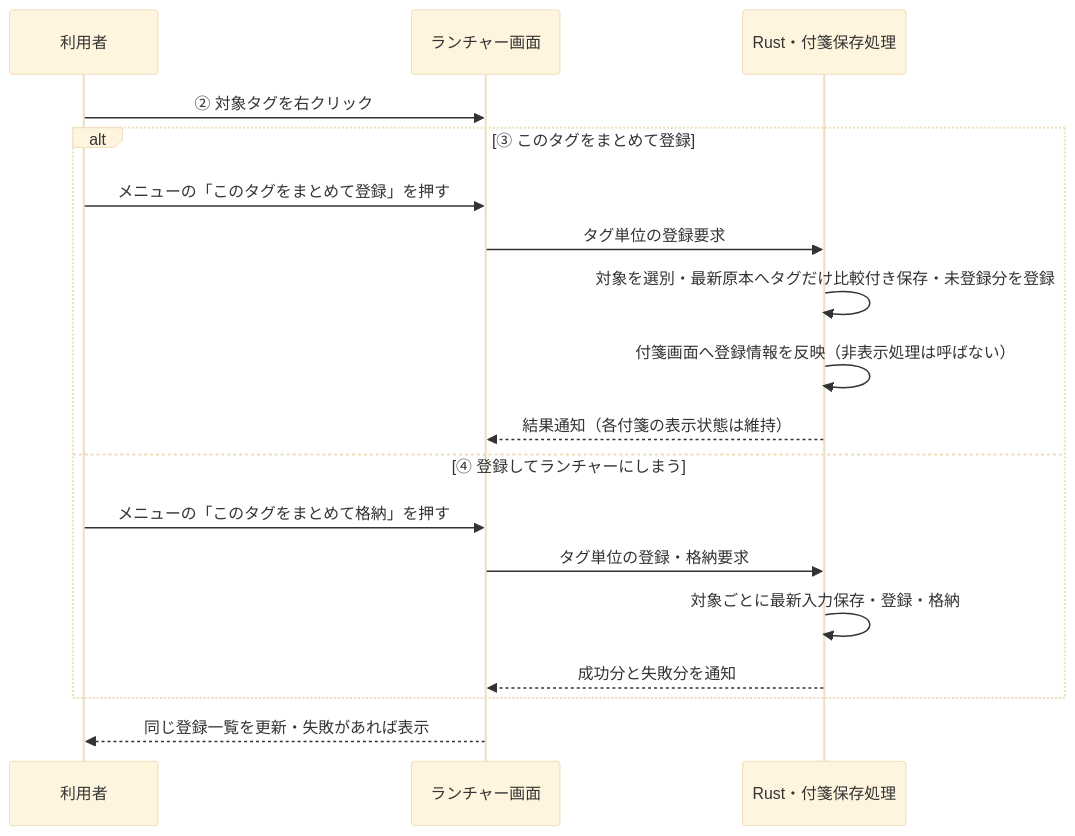
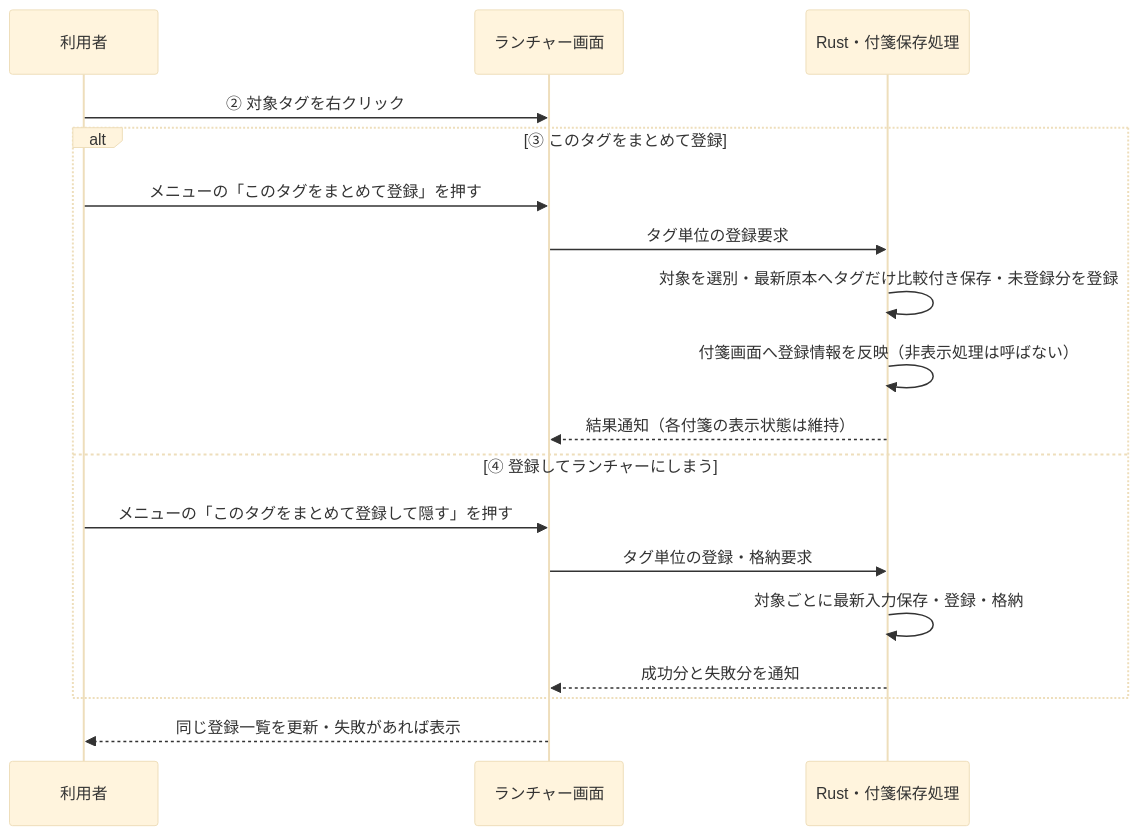
Before and after one commit to ore-no-fusen/ore-no-fusen: diagram 19 of 24 in docs-v2/002_PC.md, drawn with Mermaid (base theme). The commit also changed other lines of this file and 12 other files, not shown here.

````diff
--- a/docs-v2/002_PC.md
+++ b/docs-v2/002_PC.md
@@ -1763,20 +1763,20 @@
 ```mermaid
 sequenceDiagram
     participant U as 利用者
     participant L as ランチャー画面
     participant R as Rust・付箋保存処理
     U->>L: ② 対象タグを右クリック
     alt ③ このタグをまとめて登録
         U->>L: メニューの「このタグをまとめて登録」を押す
         L->>R: タグ単位の登録要求
         R->>R: 対象を選別・最新原本へタグだけ比較付き保存・未登録分を登録
         R->>R: 付箋画面へ登録情報を反映（非表示処理は呼ばない）
         R-->>L: 結果通知（各付箋の表示状態は維持）
     else ④ 登録してランチャーにしまう
-        U->>L: メニューの「このタグをまとめて格納」を押す
+        U->>L: メニューの「このタグをまとめて登録して隠す」を押す
         L->>R: タグ単位の登録・格納要求
         R->>R: 対象ごとに最新入力保存・登録・格納
         R-->>L: 成功分と失敗分を通知
     end
     L-->>U: 同じ登録一覧を更新・失敗があれば表示
 ```
````
